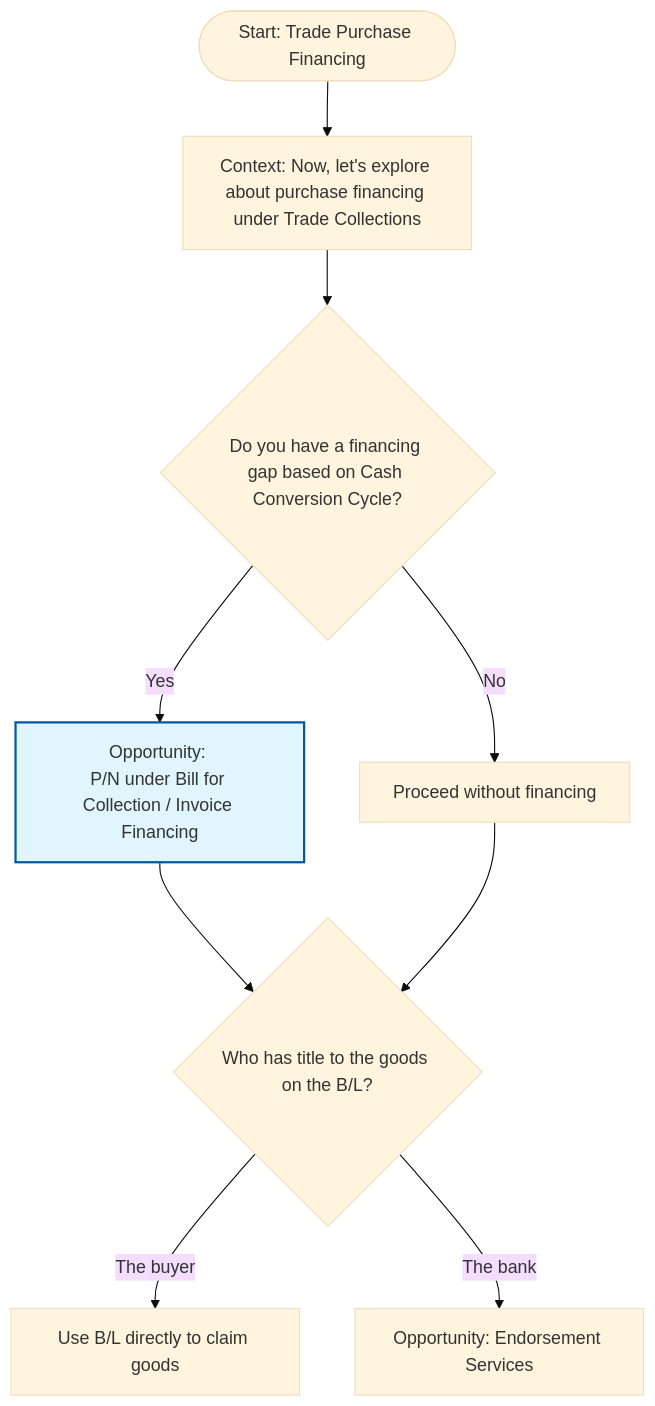
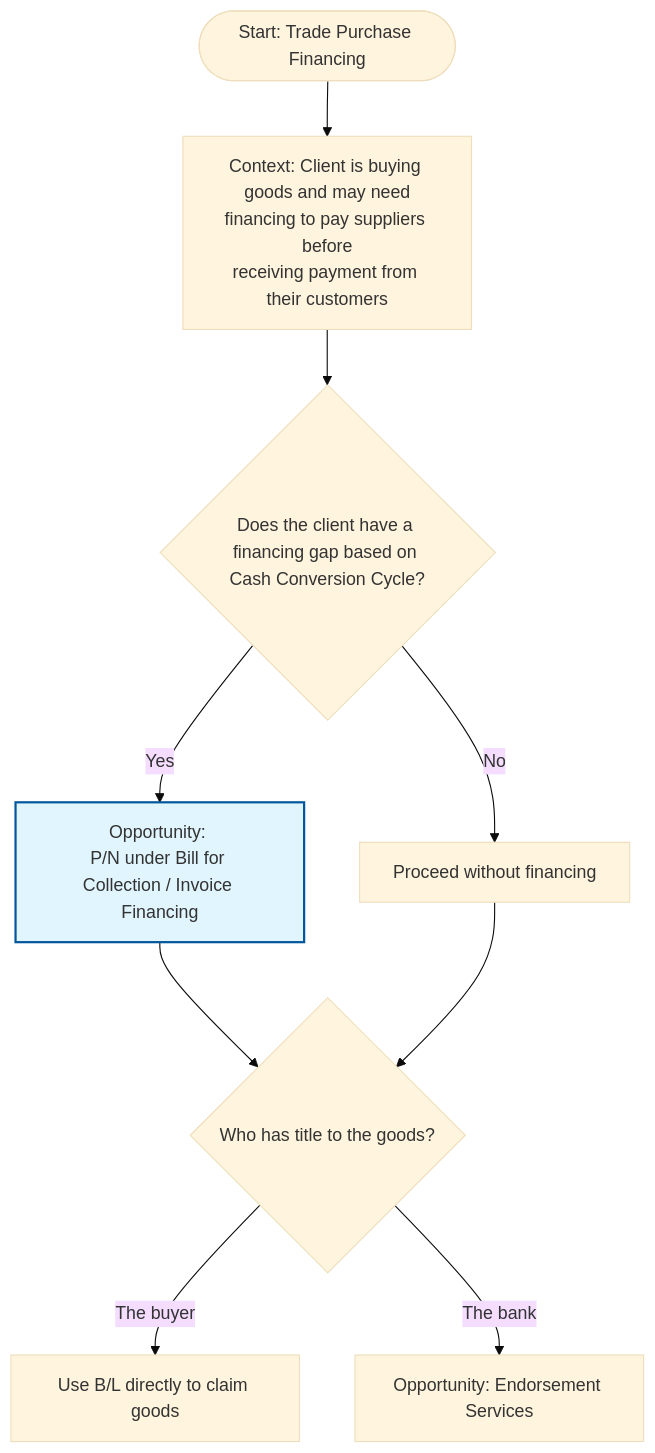
The diagram in tvc_decision_trees/collection_decision_trees/purchase_financing_tree.md (sage-develop/why), drawn with Mermaid (base theme) before and after one commit. The commit also changed other lines of this file and 3 other files, not shown here.

Commit message:
in the questions use the client instead of you

````diff
--- a/tvc_decision_trees/collection_decision_trees/purchase_financing_tree.md
+++ b/tvc_decision_trees/collection_decision_trees/purchase_financing_tree.md
@@ -19,16 +19,16 @@
 ```mermaid
 %% Trade Finance Collection Decision Tree
 
 flowchart TD
-    J{"Do you have a financing gap based on Cash Conversion Cycle?"} -- Yes --> K["Opportunity: <br>P/N under Bill for Collection / Invoice Financing"]
+    J{"Does the client have a financing gap based on Cash Conversion Cycle?"} -- Yes --> K["Opportunity: <br>P/N under Bill for Collection / Invoice Financing"]
     J -- No --> L["Proceed without financing"]
-    K --> M{"Who has title to the goods on the B/L?"}
+    K --> M{"Who has title to the goods?"}
     L --> M
     M -- The buyer --> N["Use B/L directly to claim goods"]
     M -- The bank --> O["Opportunity: Endorsement Services"]
-    A(["Start: Trade Purchase Financing"]) --> n1@{ label: "Context: Now, let's explore about purchase financing under Trade Collections" }
+    A(["Start: Trade Purchase Financing"]) --> n1@{ label: "Context: Client is buying goods and may need<br>financing to pay suppliers before<br>receiving payment from their customers" }
     n1 --> J
 
      K:::productBox
     classDef productBox fill:#e1f5fe,stroke:#01579b,stroke-width:2px
 ```
````
